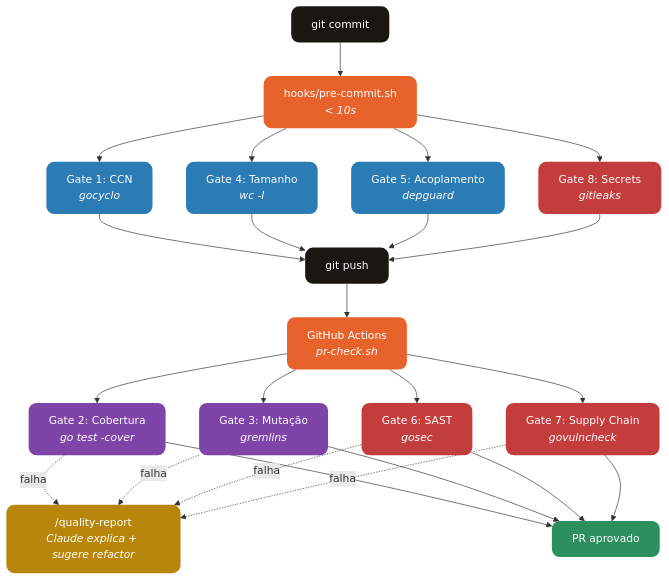
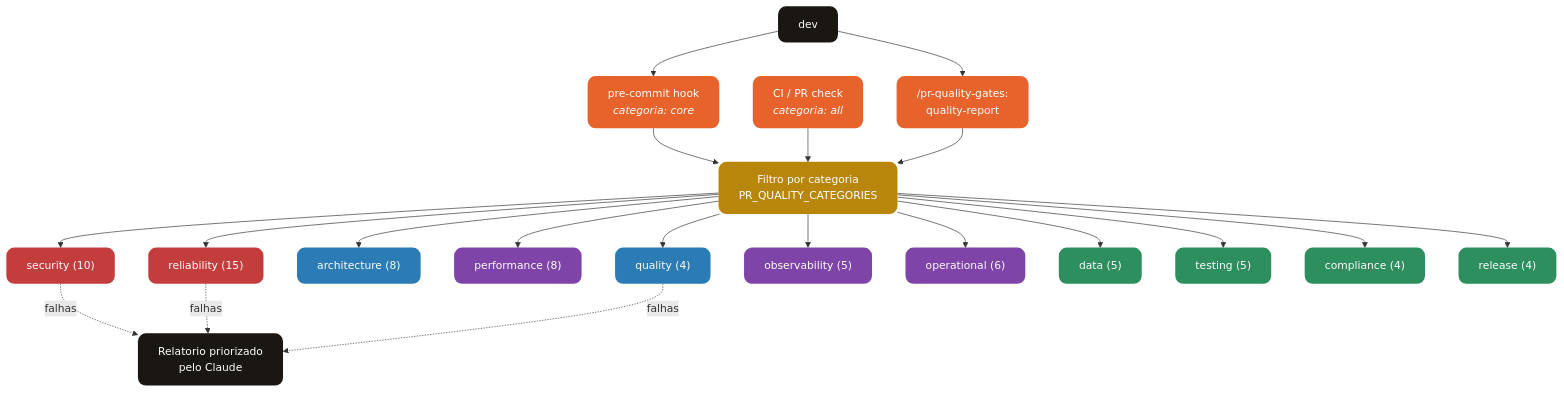
One commit to JohnPitter/pr-quality-gates changed the diagram in README.md. Above: the diagram before and after it, drawn with Mermaid. The commit also changed other lines of this file and 93 other files, not shown here.

First line of the commit message:
v0.3.0: 67 gates across 11 categories

````diff
--- a/README.md
+++ b/README.md
@@ -53,55 +78,58 @@
 ```mermaid
 graph TD
-    COMMIT["git commit"]
-    PRECOMMIT["hooks/pre-commit.sh<br/><i>&lt; 10s</i>"]
-    G1["Gate 1: CCN<br/><i>gocyclo</i>"]
-    G4["Gate 4: Tamanho<br/><i>wc -l</i>"]
-    G5["Gate 5: Acoplamento<br/><i>depguard</i>"]
-    G8["Gate 8: Secrets<br/><i>gitleaks</i>"]
-    PUSH["git push"]
-    CI["GitHub Actions<br/><i>pr-check.sh</i>"]
-    G2["Gate 2: Cobertura<br/><i>go test -cover</i>"]
-    G3["Gate 3: Mutação<br/><i>gremlins</i>"]
-    G6["Gate 6: SAST<br/><i>gosec</i>"]
-    G7["Gate 7: Supply Chain<br/><i>govulncheck</i>"]
-    REPORT["/quality-report<br/><i>Claude explica + sugere refactor</i>"]
-    MERGE["PR aprovado"]
+    USER["dev"]
+    PRE["pre-commit hook<br/><i>categoria: core</i>"]
+    CI["CI / PR check<br/><i>categoria: all</i>"]
+    SLASH["/pr-quality-gates:<br/>quality-report"]
+    FILTER["Filtro por categoria<br/>PR_QUALITY_CATEGORIES"]
+    SEC["security (10)"]
+    QUA["quality (4)"]
+    ARC["architecture (8)"]
+    PER["performance (8)"]
+    REL["reliability (15)"]
+    OBS["observability (5)"]
+    OPE["operational (6)"]
+    DAT["data (5)"]
+    TES["testing (5)"]
+    COM["compliance (4)"]
+    RLE["release (4)"]
+    REPORT["Relatorio priorizado<br/>pelo Claude"]
 
-    COMMIT --> PRECOMMIT
-    PRECOMMIT --> G1
-    PRECOMMIT --> G4
-    PRECOMMIT --> G5
-    PRECOMMIT --> G8
-    G1 --> PUSH
-    G4 --> PUSH
-    G5 --> PUSH
-    G8 --> PUSH
-    PUSH --> CI
-    CI --> G2
-    CI --> G3
-    CI --> G6
-    CI --> G7
-    G2 -.falha.-> REPORT
-    G3 -.falha.-> REPORT
-    G6 -.falha.-> REPORT
-    G7 -.falha.-> REPORT
-    G2 --> MERGE
-    G3 --> MERGE
-    G6 --> MERGE
-    G7 --> MERGE
+    USER --> PRE
+    USER --> SLASH
+    PRE --> FILTER
+    CI --> FILTER
+    SLASH --> FILTER
+    FILTER --> SEC
+    FILTER --> QUA
+    FILTER --> ARC
+    FILTER --> PER
+    FILTER --> REL
+    FILTER --> OBS
+    FILTER --> OPE
+    FILTER --> DAT
+    FILTER --> TES
+    FILTER --> COM
+    FILTER --> RLE
+    SEC -.falhas.-> REPORT
+    REL -.falhas.-> REPORT
+    QUA -.falhas.-> REPORT
 
-    style COMMIT fill:#1A1612,color:#fff,stroke:none,rx:12
-    style PRECOMMIT fill:#E8622C,color:#fff,stroke:none,rx:12
-    style G1 fill:#2B7BB5,color:#fff,stroke:none,rx:12
-    style G4 fill:#2B7BB5,color:#fff,stroke:none,rx:12
-    style G5 fill:#2B7BB5,color:#fff,stroke:none,rx:12
-    style G8 fill:#C43D3D,color:#fff,stroke:none,rx:12
-    style PUSH fill:#1A1612,color:#fff,stroke:none,rx:12
+    style USER fill:#1A1612,color:#fff,stroke:none,rx:12
+    style PRE fill:#E8622C,color:#fff,stroke:none,rx:12
     style CI fill:#E8622C,color:#fff,stroke:none,rx:12
-    style G2 fill:#7E44A8,color:#fff,stroke:none,rx:12
-    style G3 fill:#7E44A8,color:#fff,stroke:none,rx:12
-    style G6 fill:#C43D3D,color:#fff,stroke:none,rx:12
-    style G7 fill:#C43D3D,color:#fff,stroke:none,rx:12
-    style REPORT fill:#B8860B,color:#fff,stroke:none,rx:12
-    style MERGE fill:#2D8E5E,color:#fff,stroke:none,rx:12
+    style SLASH fill:#E8622C,color:#fff,stroke:none,rx:12
+    style FILTER fill:#B8860B,color:#fff,stroke:none,rx:12
+    style SEC fill:#C43D3D,color:#fff,stroke:none,rx:12
+    style REL fill:#C43D3D,color:#fff,stroke:none,rx:12
+    style QUA fill:#2B7BB5,color:#fff,stroke:none,rx:12
+    style ARC fill:#2B7BB5,color:#fff,stroke:none,rx:12
+    style PER fill:#7E44A8,color:#fff,stroke:none,rx:12
+    style OBS fill:#7E44A8,color:#fff,stroke:none,rx:12
+    style OPE fill:#7E44A8,color:#fff,stroke:none,rx:12
+    style DAT fill:#2D8E5E,color:#fff,stroke:none,rx:12
+    style TES fill:#2D8E5E,color:#fff,stroke:none,rx:12
+    style COM fill:#2D8E5E,color:#fff,stroke:none,rx:12
+    style RLE fill:#2D8E5E,color:#fff,stroke:none,rx:12
+    style REPORT fill:#1A1612,color:#fff,stroke:none,rx:12
 ```
````
